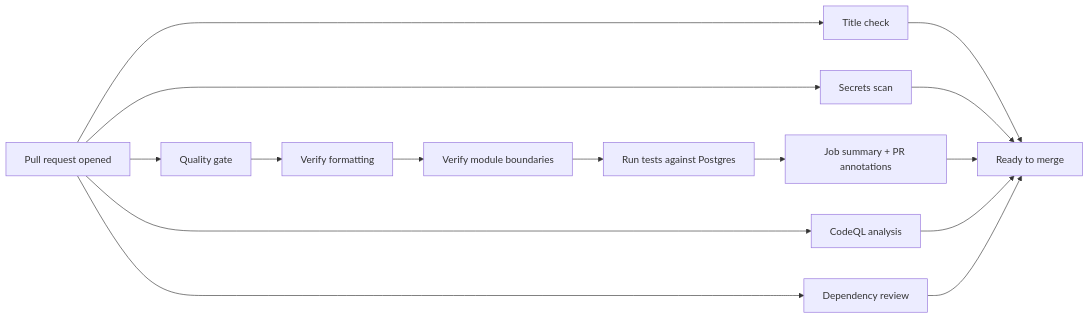
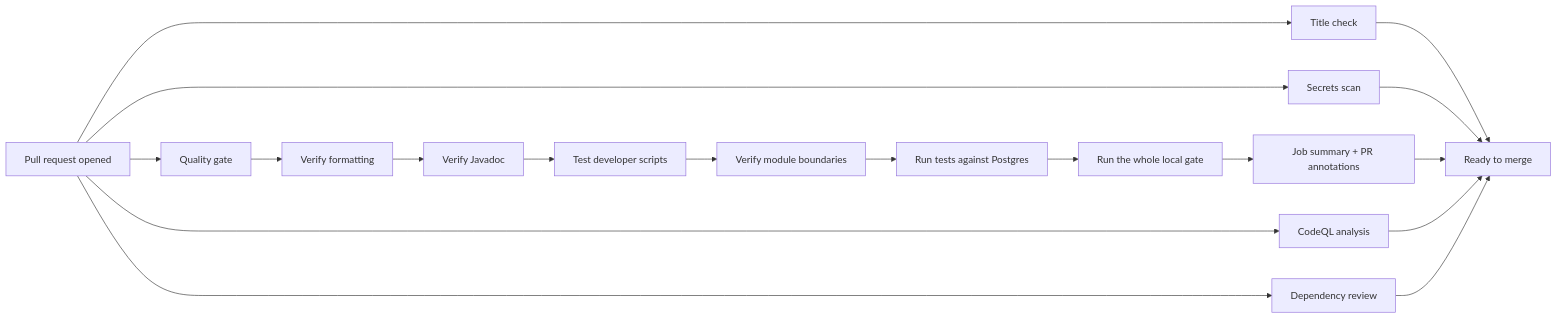
The second of 2 diagrams in README.md (MathiasHilgert/frappe-api), drawn with Mermaid before and after one commit. The commit also changed other lines of this file and 8 other files, not shown here.

````diff
--- a/README.md
+++ b/README.md
@@ -177,17 +187,20 @@
 ```mermaid
 flowchart LR
     PR[Pull request opened] --> Title[Title check]
     PR --> Secrets[Secrets scan]
     PR --> Gate[Quality gate]
     PR --> CodeQL[CodeQL analysis]
     PR --> DepReview[Dependency review]
     Gate --> Format[Verify formatting]
-    Format --> Modules[Verify module boundaries]
+    Format --> Javadoc[Verify Javadoc]
+    Javadoc --> Scripts[Test developer scripts]
+    Scripts --> Modules[Verify module boundaries]
     Modules --> Tests[Run tests against Postgres]
-    Tests --> Summary[Job summary + PR annotations]
+    Tests --> Check[Run the whole local gate]
+    Check --> Summary[Job summary + PR annotations]
     Title --> Merge[Ready to merge]
     Secrets --> Merge
     Summary --> Merge
     CodeQL --> Merge
     DepReview --> Merge
 ```
````
